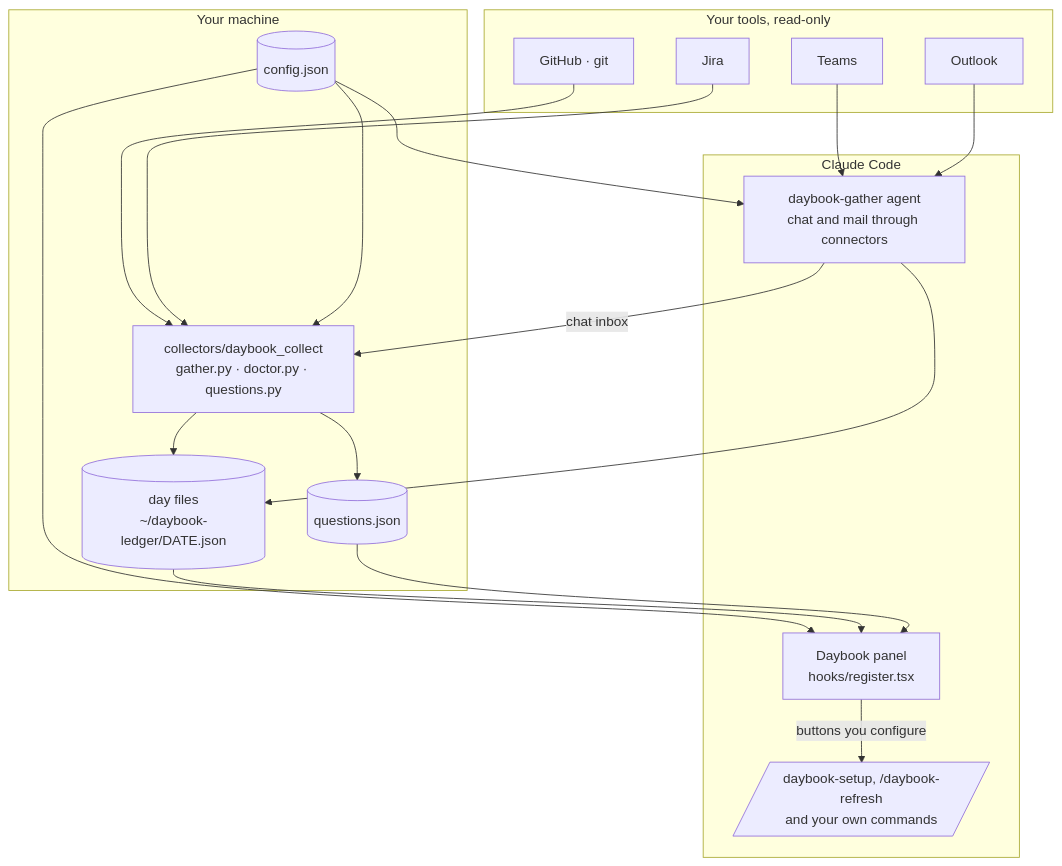
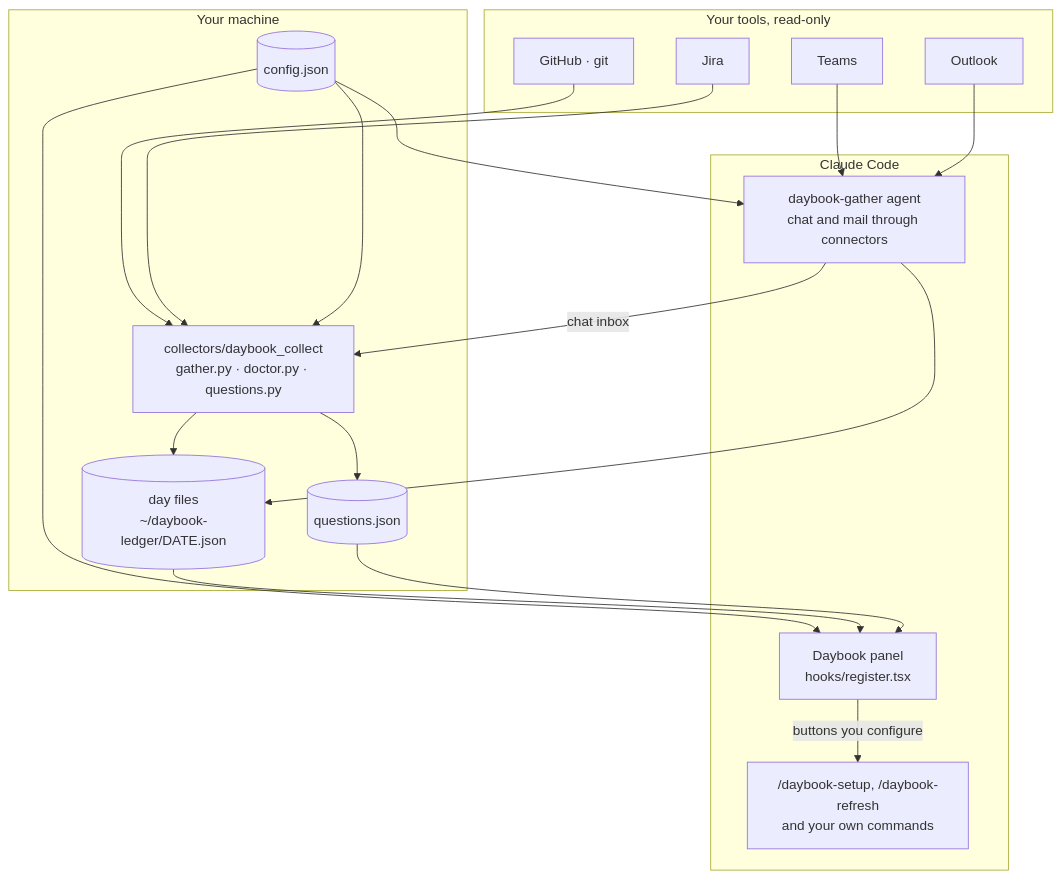
One commit to Zeeshan138063/daybook changed the first of 3 diagrams in docs/how-it-works.md. Above: the diagram before and after it, drawn with Mermaid.

Commit message:
how-it-works: a quoted Mermaid label so GitHub draws it

````diff
--- a/docs/how-it-works.md
+++ b/docs/how-it-works.md
@@ -12,26 +12,26 @@
 ```mermaid
 flowchart TB
   subgraph claude[Claude Code]
     PANEL[Daybook panel<br/>hooks/register.tsx]
     AGENT[daybook-gather agent<br/>chat and mail through connectors]
-    SKILLS[/daybook-setup, /daybook-refresh<br/>and your own commands/]
+    SKILLS["/daybook-setup, /daybook-refresh<br/>and your own commands"]
   end
   subgraph local[Your machine]
     GATHER[collectors/daybook_collect<br/>gather.py · doctor.py · questions.py]
     DAY[(day files<br/>~/daybook-ledger/DATE.json)]
     Q[(questions.json)]
     CFG[(config.json)]
   end
   subgraph tools[Your tools, read-only]
     GH[GitHub · git]
     JI[Jira]
     TE[Teams]
     OU[Outlook]
   end
   GH & JI --> GATHER --> DAY
   TE & OU --> AGENT --> DAY
   AGENT -->|chat inbox| GATHER --> Q
   CFG --> GATHER & PANEL & AGENT
   DAY & Q --> PANEL
   PANEL -->|buttons you configure| SKILLS
 ```
````
